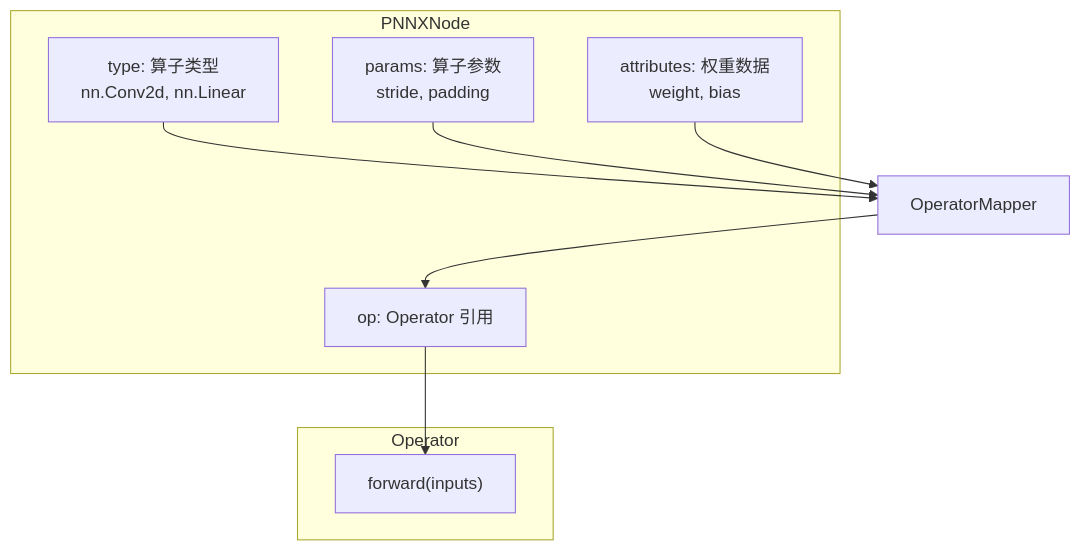
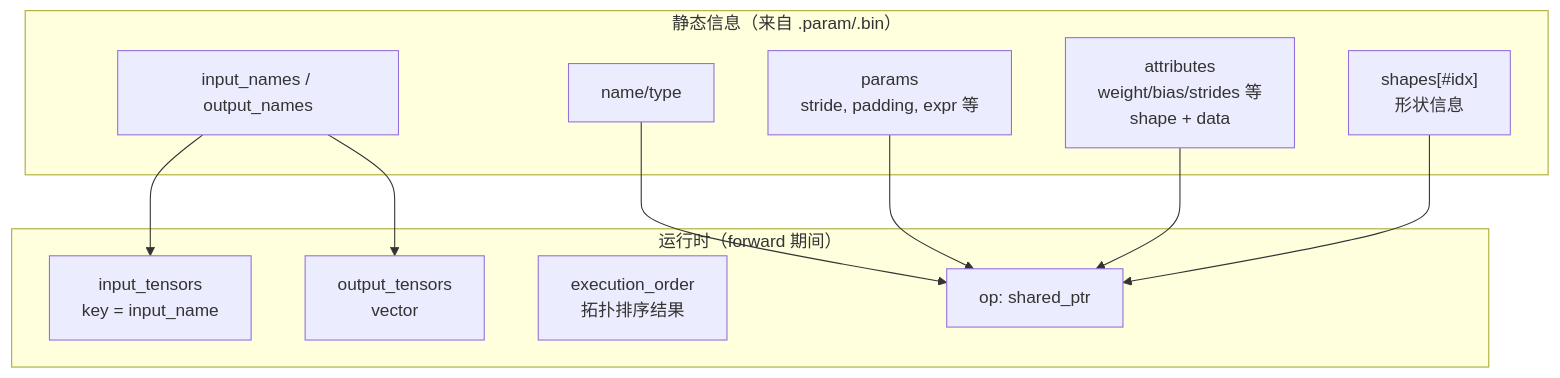
Before and after one commit to jinbooooom/OriginDL: diagram 48 of 51 in docs/design/architecture.md, drawn with Mermaid. The commit also changed other lines of this file and 12 other files, not shown here.

````diff
--- a/docs/design/architecture.md
+++ b/docs/design/architecture.md
@@ -2512,19 +2580,24 @@
 ```mermaid
 flowchart TB
-    subgraph PNNXNode["PNNXNode"]
-        Type["type: 算子类型<br/>nn.Conv2d, nn.Linear"]
-        Params["params: 算子参数<br/>stride, padding"]
-        Attrs["attributes: 权重数据<br/>weight, bias"]
-        Op["op: Operator 引用"]
+    subgraph Static["静态信息（来自 .param/.bin）"]
+        Name["name/type"]
+        IO["input_names / output_names"]
+        Params["params<br/>stride, padding, expr 等"]
+        Attrs["attributes<br/>weight/bias/strides 等<br/>shape + data"]
+        Shapes["shapes[#idx]<br/>形状信息"]
     end
-    
-    subgraph Operator["Operator"]
-        Forward["forward(inputs)"]
+
+    subgraph Runtime["运行时（forward 期间）"]
+        Inputs["input_tensors<br/>key = input_name"]
+        Outputs["output_tensors<br/>vector<Tensor>"]
+        Order["execution_order<br/>拓扑排序结果"]
+        OpNode["op: shared_ptr<Operator>"]
     end
-    
-    Type --> Mapper["OperatorMapper"]
-    Params --> Mapper
-    Attrs --> Mapper
-    Mapper --> Op
-    Op --> Forward
+
+    Name --> OpNode
+    IO --> Inputs
+    IO --> Outputs
+    Params --> OpNode
+    Attrs --> OpNode
+    Shapes --> OpNode
 ```
````
